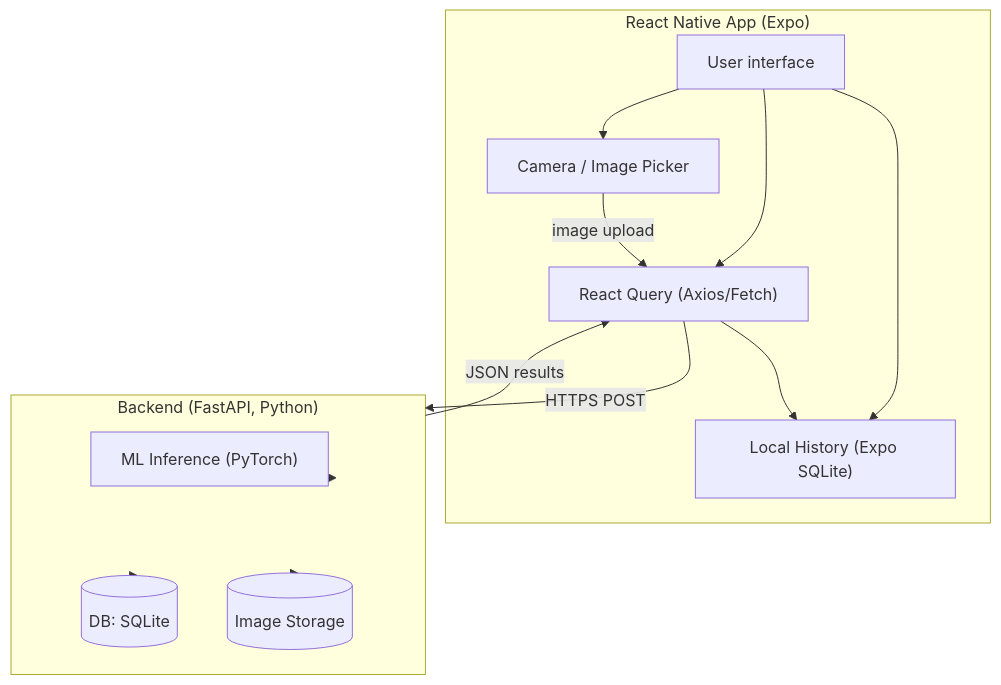
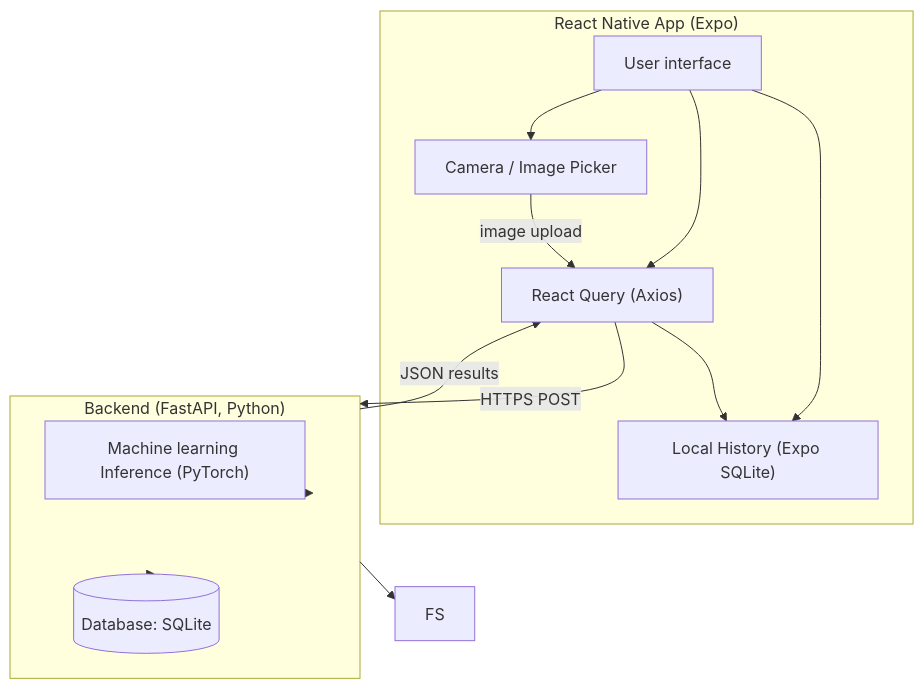
The diagram in README.md (Varustevahti/Backend), drawn with Mermaid before and after one commit.

````diff
--- a/README.md
+++ b/README.md
@@ -16,26 +16,25 @@
 ```mermaid
 flowchart TB
     subgraph RN ["React Native App (Expo)"]
       UI["User interface"]
       SQ["Local History (Expo SQLite)"]
-      RQ["React Query (Axios/Fetch)"]
+      RQ["React Query (Axios)"]
       CAM["Camera / Image Picker"]
       UI --> CAM
       UI --> RQ
       UI --> SQ
     end
 
     subgraph API ["Backend (FastAPI, Python)"]
-      INFER["ML Inference (PyTorch)"]
-      DB[("DB: SQLite")]
-      FS[("Image Storage")]
+      INFER["Machine learning Inference (PyTorch)"]
+      DB[("Database: SQLite")]
     end
 
     CAM -->|image upload| RQ
     RQ -->|HTTPS POST| API
     API --> FS
     API --> INFER
     API --> DB
     API -->|JSON results| RQ
     RQ --> SQ
 ```
````
